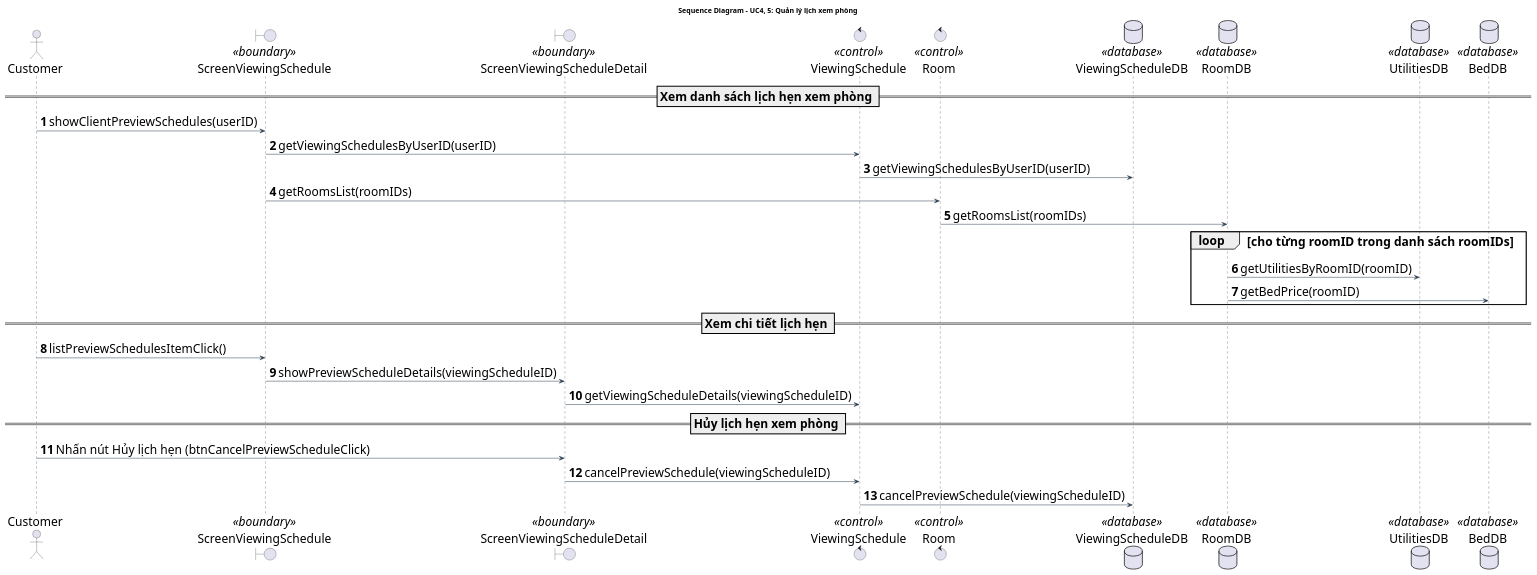
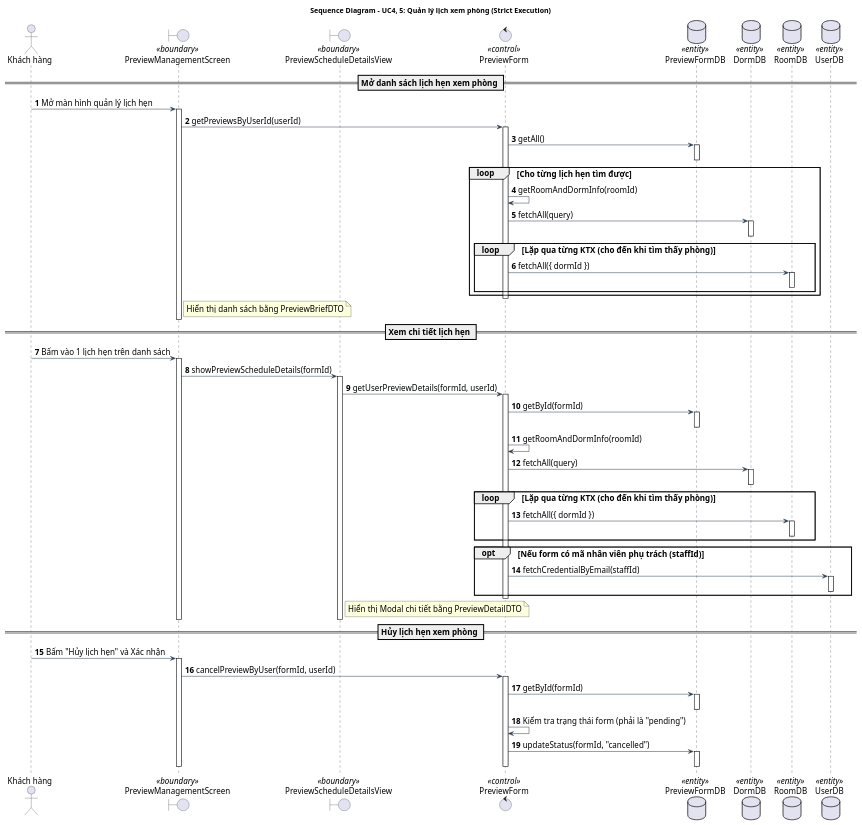
One commit to Gnourt812005/HCMUS-Analyze-and-desgin-IS changed the diagram in doc/system/quan_ly_lich_xem_phong/QuanLyLichXemPhong_SequenceDiagram.wsd. Above: the diagram before and after it, drawn with PlantUML. The commit also changed 7 other files, not shown here.

Commit message:
duong/sys-uc: update diagrams

```diff
--- a/doc/system/quan_ly_lich_xem_phong/QuanLyLichXemPhong_SequenceDiagram.wsd
+++ b/doc/system/quan_ly_lich_xem_phong/QuanLyLichXemPhong_SequenceDiagram.wsd
@@ -1,54 +1,109 @@
-@startuml QuanLyLichXemPhong_SequenceDiagram
-title Sequence Diagram - UC4, 5: Quản lý lịch xem phòng
+@startuml QuanLyLichXemPhong_SequenceDiagram_StrictSrc
+title Sequence Diagram - UC4, 5: Quản lý lịch xem phòng (Strict Execution)
 
 ' --- STYLE CONFIGURATION ---
 skinparam {
     BackgroundColor White
     ArrowColor #2D3E50
     DefaultFontName "Arial"
-    DefaultFontSize 24
-    ParticipantPadding 20
+    DefaultFontSize 16
+    ParticipantPadding 15
     BoxPadding 10
 }
 
-actor "Customer" as Actor
-boundary "ScreenViewingSchedule" as GUI_List <<boundary>>
-boundary "ScreenViewingScheduleDetail" as GUI_Details <<boundary>>
-
-control "ViewingSchedule" as BUS_Preview <<control>>
-control "Room" as BUS_Room <<control>>
-
-database "ViewingScheduleDB" as DB_Preview <<database>>
-database "RoomDB" as DB_Room <<database>>
-database "UtilitiesDB" as DB_Utils <<database>>
-database "BedDB" as DB_Bed <<database>>
-
 autonumber
 
-== Xem danh sách lịch hẹn xem phòng ==
+actor "Khách hàng" as Actor
+boundary "PreviewManagementScreen" as GUI_List <<boundary>>
+boundary "PreviewScheduleDetailsView" as GUI_Details <<boundary>>
 
-Actor -> GUI_List: showClientPreviewSchedules(userID)
-GUI_List -> BUS_Preview: getViewingSchedulesByUserID(userID)
-BUS_Preview -> DB_Preview: getViewingSchedulesByUserID(userID)
+control "PreviewForm" as BUS_Preview <<control>>
 
-GUI_List -> BUS_Room: getRoomsList(roomIDs)
-BUS_Room -> DB_Room: getRoomsList(roomIDs)
+database "PreviewFormDB" as DAO_Preview <<entity>>
+database "DormDB" as DAO_Dorm <<entity>>
+database "RoomDB" as DAO_Room <<entity>>
+database "UserDB" as DAO_User <<entity>>
 
-loop cho từng roomID trong danh sách roomIDs
-    DB_Room -> DB_Utils: getUtilitiesByRoomID(roomID)
-    DB_Room -> DB_Bed: getBedPrice(roomID)
-end
+== Mở danh sách lịch hẹn xem phòng ==
+Actor -> GUI_List: Mở màn hình quản lý lịch hẹn
+activate GUI_List
+    GUI_List -> BUS_Preview: getPreviewsByUserId(userId)
+    activate BUS_Preview
+        
+        BUS_Preview -> DAO_Preview: getAll()
+        activate DAO_Preview
+        deactivate DAO_Preview
+
+        loop Cho từng lịch hẹn tìm được
+            BUS_Preview -> BUS_Preview: getRoomAndDormInfo(roomId)
+            
+            BUS_Preview -> DAO_Dorm: fetchAll(query)
+            activate DAO_Dorm
+            deactivate DAO_Dorm
+            
+            loop Lặp qua từng KTX (cho đến khi tìm thấy phòng)
+                BUS_Preview -> DAO_Room: fetchAll({ dormId })
+                activate DAO_Room
+                deactivate DAO_Room
+            end
+        end
+    deactivate BUS_Preview
+    note right of GUI_List: Hiển thị danh sách bằng PreviewBriefDTO
+deactivate GUI_List
 
 == Xem chi tiết lịch hẹn ==
+Actor -> GUI_List: Bấm vào 1 lịch hẹn trên danh sách
+activate GUI_List
+    GUI_List -> GUI_Details: showPreviewScheduleDetails(formId)
+    activate GUI_Details
+        
+        GUI_Details -> BUS_Preview: getUserPreviewDetails(formId, userId)
+        activate BUS_Preview
+            
+            BUS_Preview -> DAO_Preview: getById(formId)
+            activate DAO_Preview
+            deactivate DAO_Preview
 
-Actor -> GUI_List: listPreviewSchedulesItemClick()
-GUI_List -> GUI_Details: showPreviewScheduleDetails(viewingScheduleID)
-GUI_Details -> BUS_Preview: getViewingScheduleDetails(viewingScheduleID)
+            BUS_Preview -> BUS_Preview: getRoomAndDormInfo(roomId)
+            
+            BUS_Preview -> DAO_Dorm: fetchAll(query)
+            activate DAO_Dorm
+            deactivate DAO_Dorm
+            
+            loop Lặp qua từng KTX (cho đến khi tìm thấy phòng)
+                BUS_Preview -> DAO_Room: fetchAll({ dormId })
+                activate DAO_Room
+                deactivate DAO_Room
+            end
+
+            opt Nếu form có mã nhân viên phụ trách (staffId)
+                BUS_Preview -> DAO_User: fetchCredentialByEmail(staffId)
+                activate DAO_User
+                deactivate DAO_User
+            end
+
+        deactivate BUS_Preview
+        note right of GUI_Details: Hiển thị Modal chi tiết bằng PreviewDetailDTO
+    deactivate GUI_Details
+deactivate GUI_List
 
 == Hủy lịch hẹn xem phòng ==
+Actor -> GUI_List: Bấm "Hủy lịch hẹn" và Xác nhận
+activate GUI_List
+    GUI_List -> BUS_Preview: cancelPreviewByUser(formId, userId)
+    activate BUS_Preview
+        
+        BUS_Preview -> DAO_Preview: getById(formId)
+        activate DAO_Preview
+        deactivate DAO_Preview
 
-Actor -> GUI_Details: Nhấn nút Hủy lịch hẹn (btnCancelPreviewScheduleClick)
-GUI_Details -> BUS_Preview: cancelPreviewSchedule(viewingScheduleID)
-BUS_Preview -> DB_Preview: cancelPreviewSchedule(viewingScheduleID)
+        BUS_Preview -> BUS_Preview: Kiểm tra trạng thái form (phải là "pending")
+
+        BUS_Preview -> DAO_Preview: updateStatus(formId, "cancelled")
+        activate DAO_Preview
+        deactivate DAO_Preview
+
+    deactivate BUS_Preview
+deactivate GUI_List
 
 @enduml
```
